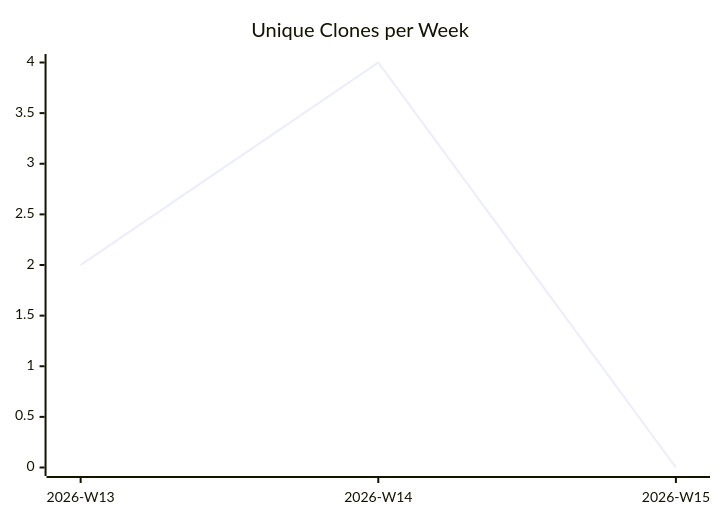
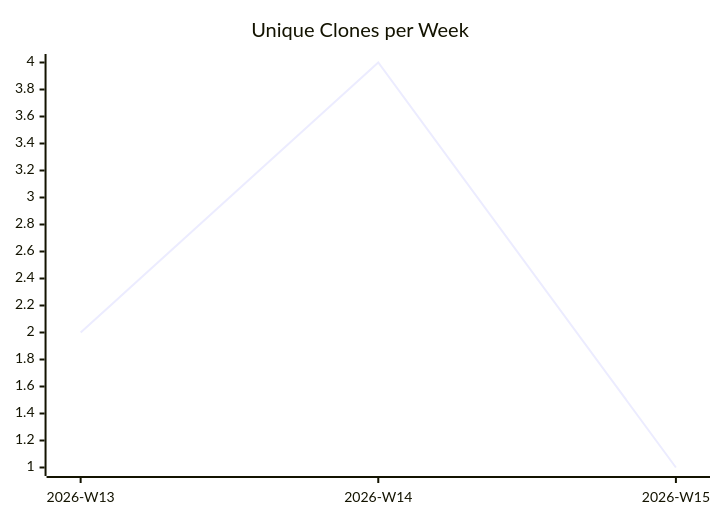
Before and after one commit to justdavis-family/github-analytics-data: the third of 3 diagrams in karlmdavis/workstation-base-ansible-role/README.md, drawn with Mermaid. The commit also changed other lines of this file and 191 other files, not shown here.

````diff
--- a/karlmdavis/workstation-base-ansible-role/README.md
+++ b/karlmdavis/workstation-base-ansible-role/README.md
@@ -19,6 +19,6 @@
 ```mermaid
 xychart-beta
   title "Unique Clones per Week"
   x-axis ["2026-W13", "2026-W14", "2026-W15"]
-  line [2, 4, 0]
+  line [2, 4, 1]
 ```
````
